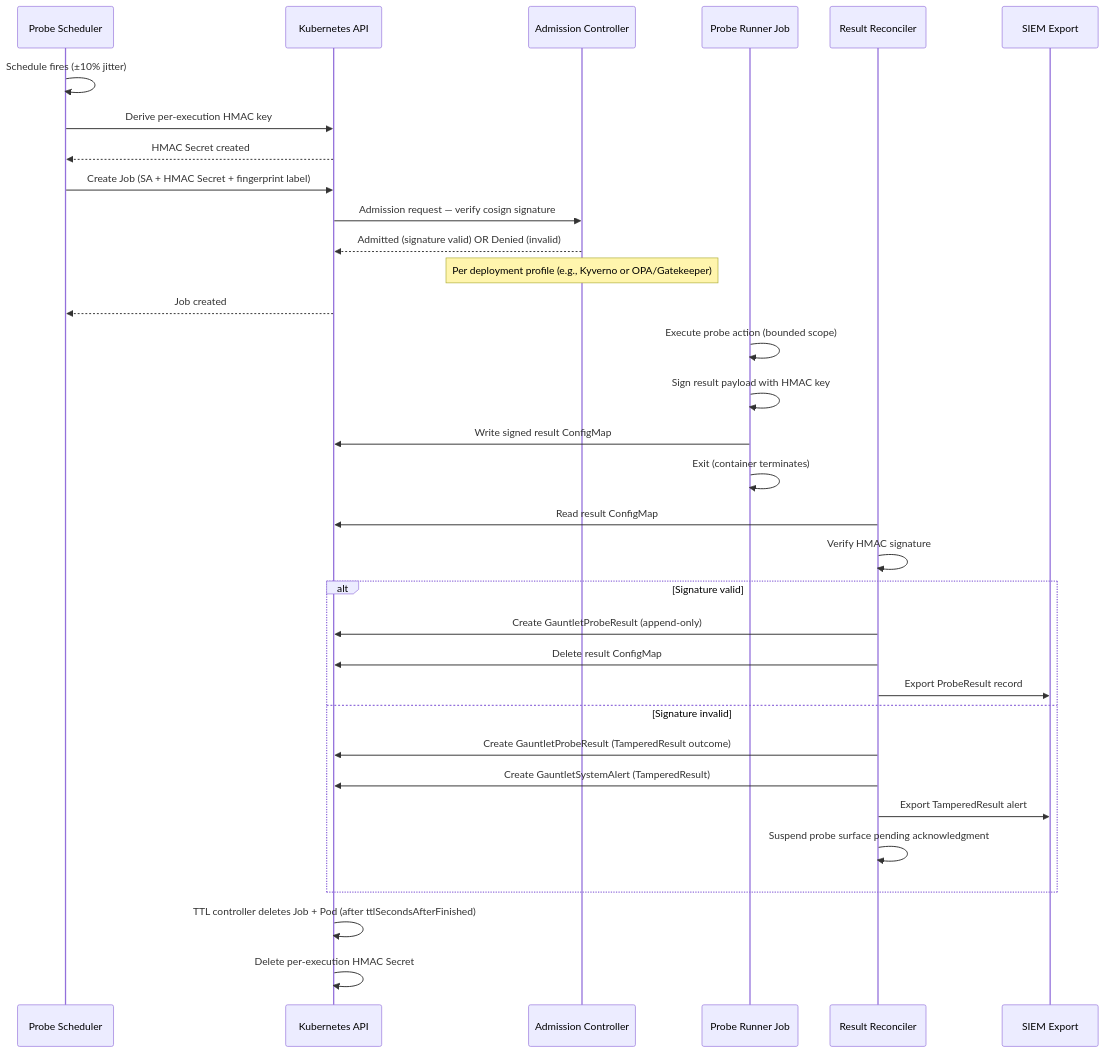
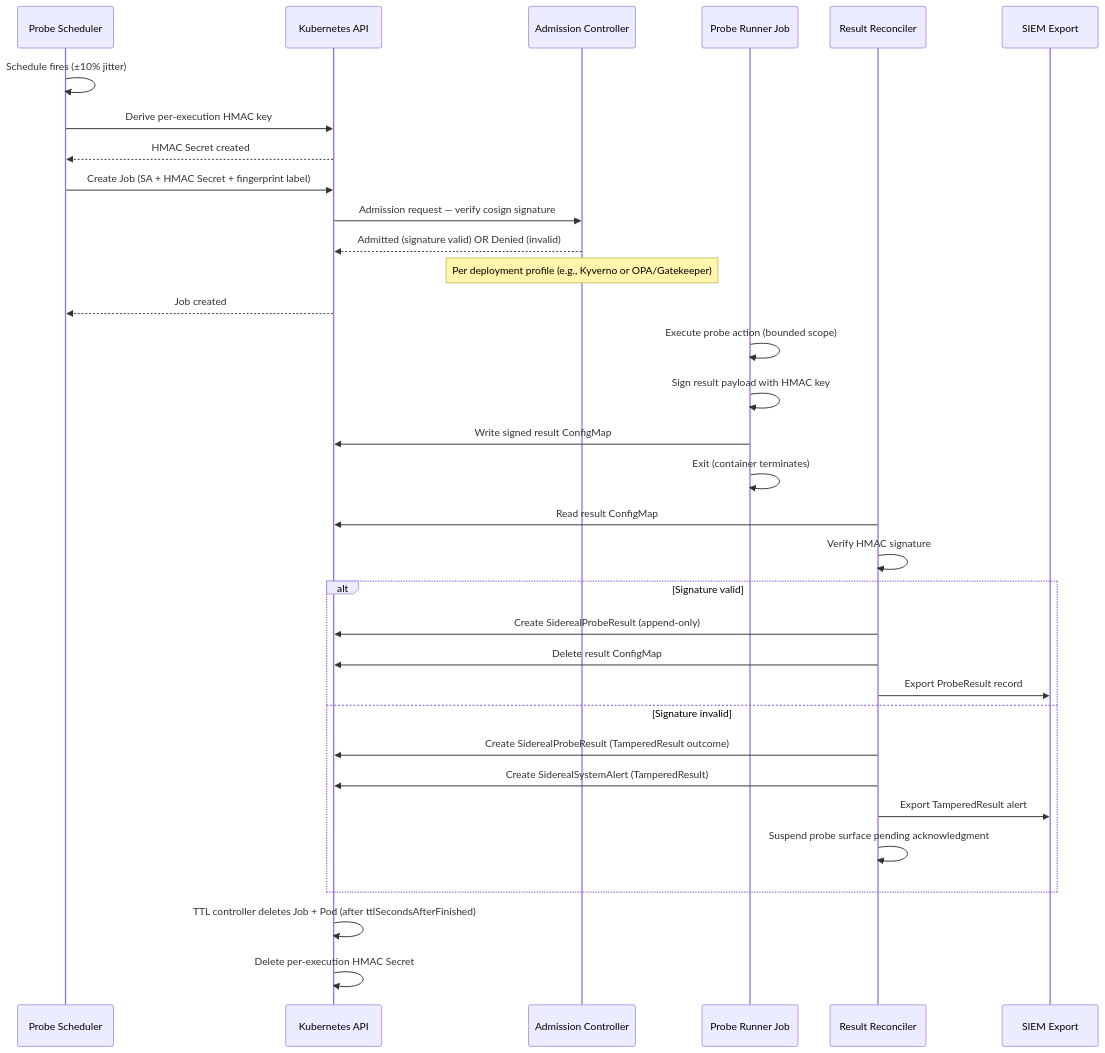
Before and after one commit to primaris-tech/sidereal: the second of 3 diagrams in compliance/diagrams/system-architecture.md, drawn with Mermaid. The commit also changed other lines of this file and 104 other files, not shown here.

First line of the commit message:
Rename project from Gauntlet to Sidereal

````diff
--- a/compliance/diagrams/system-architecture.md
+++ b/compliance/diagrams/system-architecture.md
@@ -100,41 +100,41 @@
 ```mermaid
 sequenceDiagram
     participant SCHED as Probe Scheduler
     participant K8S as Kubernetes API
     participant ADMISSION as Admission Controller
     participant JOB as Probe Runner Job
     participant RECONCILE as Result Reconciler
     participant SIEM as SIEM Export
 
     SCHED->>SCHED: Schedule fires (±10% jitter)
     SCHED->>K8S: Derive per-execution HMAC key
     K8S-->>SCHED: HMAC Secret created
 
     SCHED->>K8S: Create Job (SA + HMAC Secret + fingerprint label)
     K8S->>ADMISSION: Admission request — verify cosign signature
     ADMISSION-->>K8S: Admitted (signature valid) OR Denied (invalid)
     Note over ADMISSION: Per deployment profile (e.g., Kyverno or OPA/Gatekeeper)
     K8S-->>SCHED: Job created
 
     JOB->>JOB: Execute probe action (bounded scope)
     JOB->>JOB: Sign result payload with HMAC key
     JOB->>K8S: Write signed result ConfigMap
     JOB->>JOB: Exit (container terminates)
 
     RECONCILE->>K8S: Read result ConfigMap
     RECONCILE->>RECONCILE: Verify HMAC signature
 
     alt Signature valid
-        RECONCILE->>K8S: Create GauntletProbeResult (append-only)
+        RECONCILE->>K8S: Create SiderealProbeResult (append-only)
         RECONCILE->>K8S: Delete result ConfigMap
         RECONCILE->>SIEM: Export ProbeResult record
     else Signature invalid
-        RECONCILE->>K8S: Create GauntletProbeResult (TamperedResult outcome)
-        RECONCILE->>K8S: Create GauntletSystemAlert (TamperedResult)
+        RECONCILE->>K8S: Create SiderealProbeResult (TamperedResult outcome)
+        RECONCILE->>K8S: Create SiderealSystemAlert (TamperedResult)
         RECONCILE->>SIEM: Export TamperedResult alert
         RECONCILE->>RECONCILE: Suspend probe surface pending acknowledgment
     end
 
     K8S->>K8S: TTL controller deletes Job + Pod (after ttlSecondsAfterFinished)
     K8S->>K8S: Delete per-execution HMAC Secret
 ```
````
